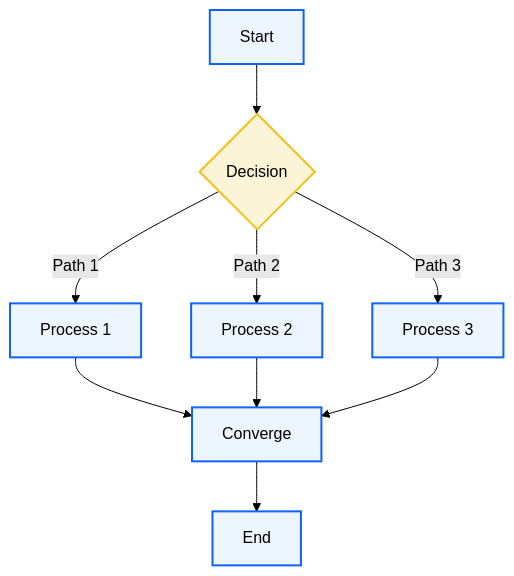
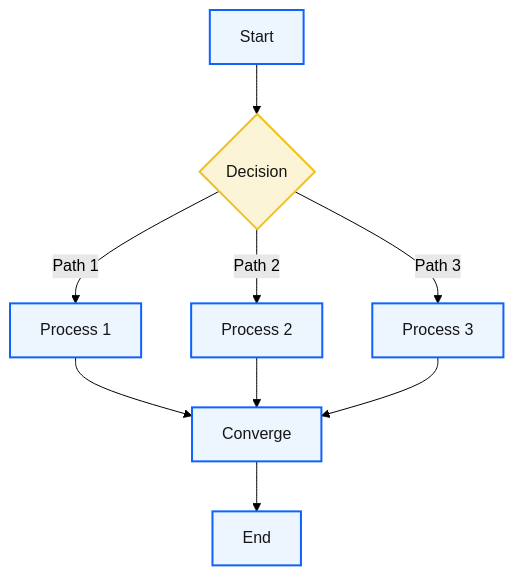
Before and after one commit to zhiweio/mermaid-illustrate: diagram 12 of 17 in examples/flowchart.md, drawn with Mermaid (forest theme). The commit also changed other lines of this file and 22 other files, not shown here.

````diff
--- a/examples/flowchart.md
+++ b/examples/flowchart.md
@@ -274,18 +273,18 @@
 ```mermaid
 flowchart TD
     A[Start] --> B{Decision}
     B -->|Path 1| C[Process 1]
     B -->|Path 2| D[Process 2]
     B -->|Path 3| E[Process 3]
 
     C --> F[Converge]
     D --> F
     E --> F
     F --> G[End]
 
-    classDef bpProcess fill:#edf5ff,stroke:#0f62fe,stroke-width:2px
-    classDef bpDecision fill:#fcf4d6,stroke:#f1c21b,stroke-width:2px
+    classDef bpProcess fill:#edf5ff,stroke:#0f62fe,stroke-width:2px,color:#161616
+    classDef bpDecision fill:#fcf4d6,stroke:#f1c21b,stroke-width:2px,color:#161616
 
     class A,C,D,E,F,G bpProcess
     class B bpDecision
 ```
````
